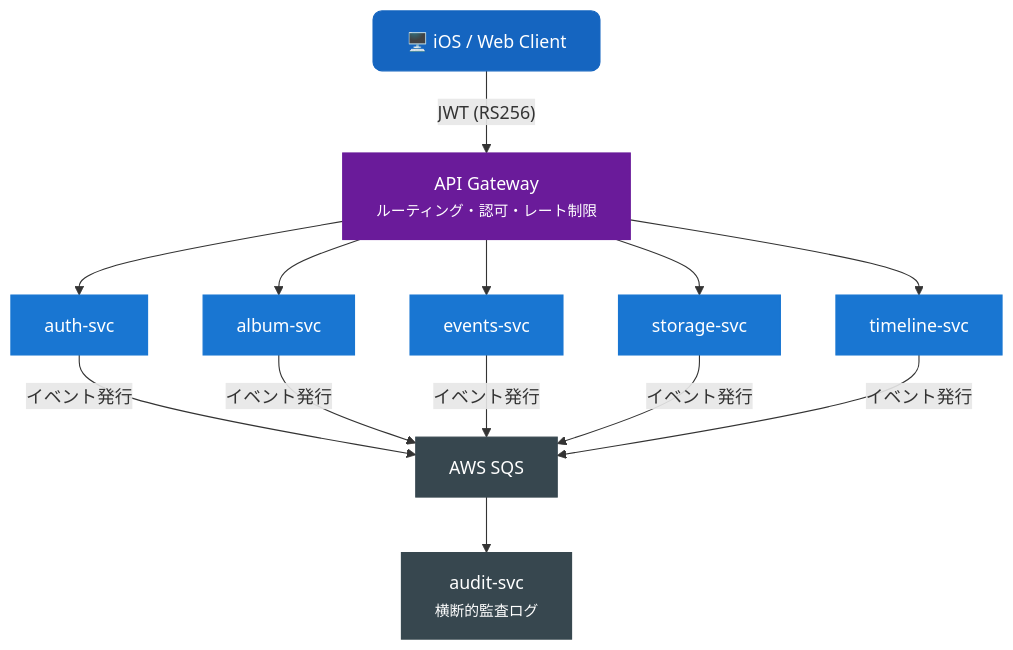
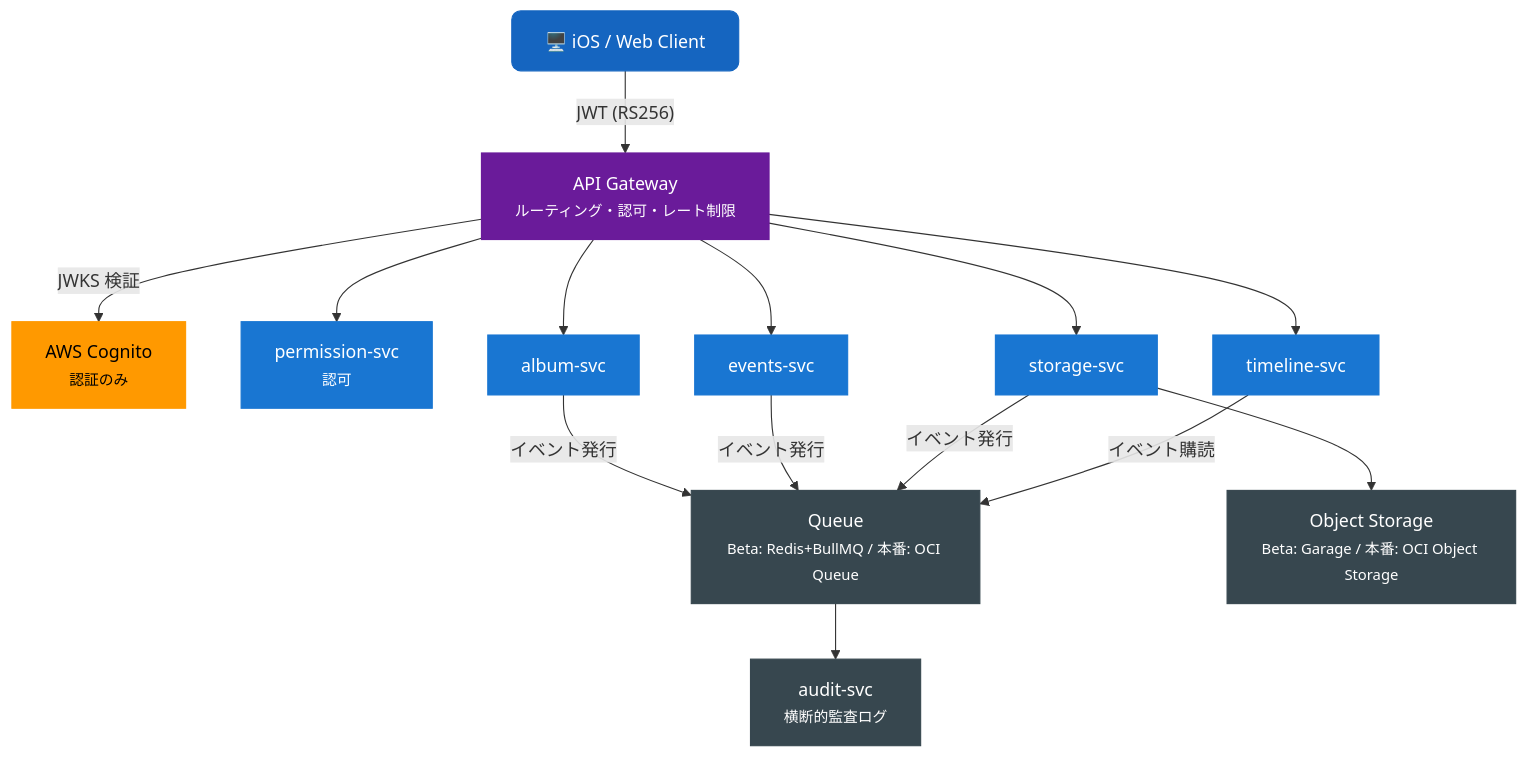
The diagram in docs/index.md (Willen-Federation/Recerdo-Developers-Docs), drawn with Mermaid before and after one commit. The commit also changed other lines of this file and 44 other files, not shown here.

````diff
--- a/docs/index.md
+++ b/docs/index.md
@@ -48,36 +58,41 @@
 ```mermaid
 graph TB
     Client["🖥️ iOS / Web Client"]
     GW["API Gateway<br/><small>ルーティング・認可・レート制限</small>"]
-    Auth["auth-svc"]
+    Cognito["AWS Cognito<br/><small>認証のみ</small>"]
+    Permission["permission-svc<br/><small>認可</small>"]
     Album["album-svc"]
     Events["events-svc"]
     Storage["storage-svc"]
     Timeline["timeline-svc"]
     Audit["audit-svc<br/><small>横断的監査ログ</small>"]
-    SQS["AWS SQS"]
+    Queue["Queue<br/><small>Beta: Redis+BullMQ / 本番: OCI Queue</small>"]
+    Object["Object Storage<br/><small>Beta: Garage / 本番: OCI Object Storage</small>"]
 
     Client -->|"JWT (RS256)"| GW
-    GW --> Auth
+    GW -->|"JWKS 検証"| Cognito
+    GW --> Permission
     GW --> Album
     GW --> Events
     GW --> Storage
     GW --> Timeline
 
-    Auth -->|"イベント発行"| SQS
-    Album -->|"イベント発行"| SQS
-    Events -->|"イベント発行"| SQS
-    Storage -->|"イベント発行"| SQS
-    Timeline -->|"イベント発行"| SQS
-    SQS --> Audit
+    Storage --> Object
+    Album -->|"イベント発行"| Queue
+    Events -->|"イベント発行"| Queue
+    Storage -->|"イベント発行"| Queue
+    Timeline -->|"イベント購読"| Queue
+    Queue --> Audit
 
     classDef client fill:#1565c0,stroke:#1565c0,color:#fff,rx:8
     classDef gateway fill:#6a1b9a,stroke:#6a1b9a,color:#fff
     classDef service fill:#1976d2,stroke:#1976d2,color:#fff
     classDef infra fill:#37474f,stroke:#37474f,color:#fff
+    classDef aws fill:#ff9900,stroke:#ff9900,color:#000
 
     class Client client
     class GW gateway
-    class Auth,Album,Events,Storage,Timeline service
-    class Audit,SQS infra
+    class Permission,Album,Events,Storage,Timeline service
+    class Audit,Queue,Object infra
+    class Cognito aws
 ```
````
